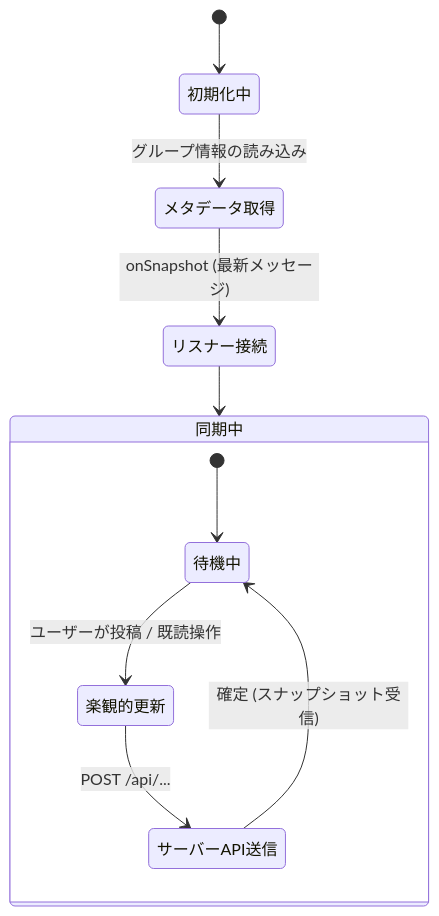
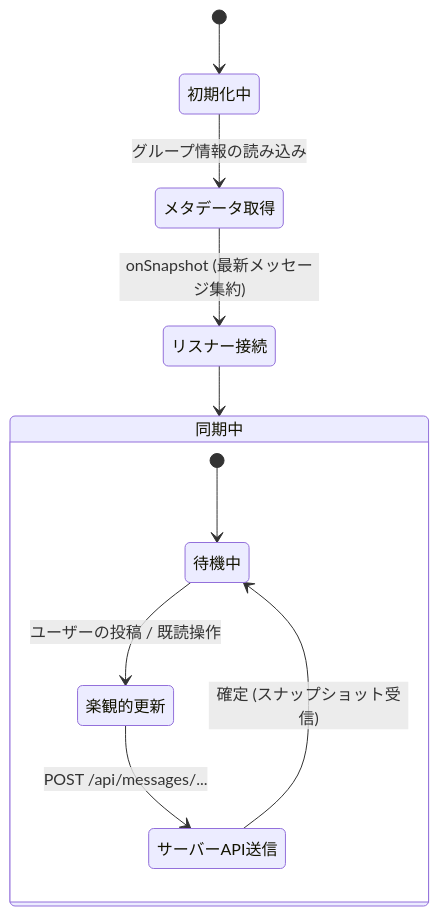
The diagram in docs/ja/feature-chat-dashboard.md (ScriptureHabit/scripture-habit), drawn with Mermaid before and after one commit. The commit also changed other lines of this file and 57 other files, not shown here.

Commit message:
docs: refine documentation prose and add structured diagram breakdowns across JA and EN

````diff
--- a/docs/ja/feature-chat-dashboard.md
+++ b/docs/ja/feature-chat-dashboard.md
@@ -11,14 +11,14 @@
 ```mermaid
 stateDiagram-v2
     [*] --> 初期化中
     初期化中 --> メタデータ取得: グループ情報の読み込み
-    メタデータ取得 --> リスナー接続: onSnapshot (最新メッセージ)
+    メタデータ取得 --> リスナー接続: onSnapshot (最新メッセージ集約)
     リスナー接続 --> 同期中
     
     state 同期中 {
         [*] --> 待機中
-        待機中 --> 楽観的更新: ユーザーが投稿 / 既読操作
-        楽観的更新 --> サーバーAPI送信: POST /api/...
+        待機中 --> 楽観的更新: ユーザーの投稿 / 既読操作
+        楽観的更新 --> サーバーAPI送信: POST /api/messages/...
         サーバーAPI送信 --> 待機中: 確定 (スナップショット受信)
     }
 ```
````
